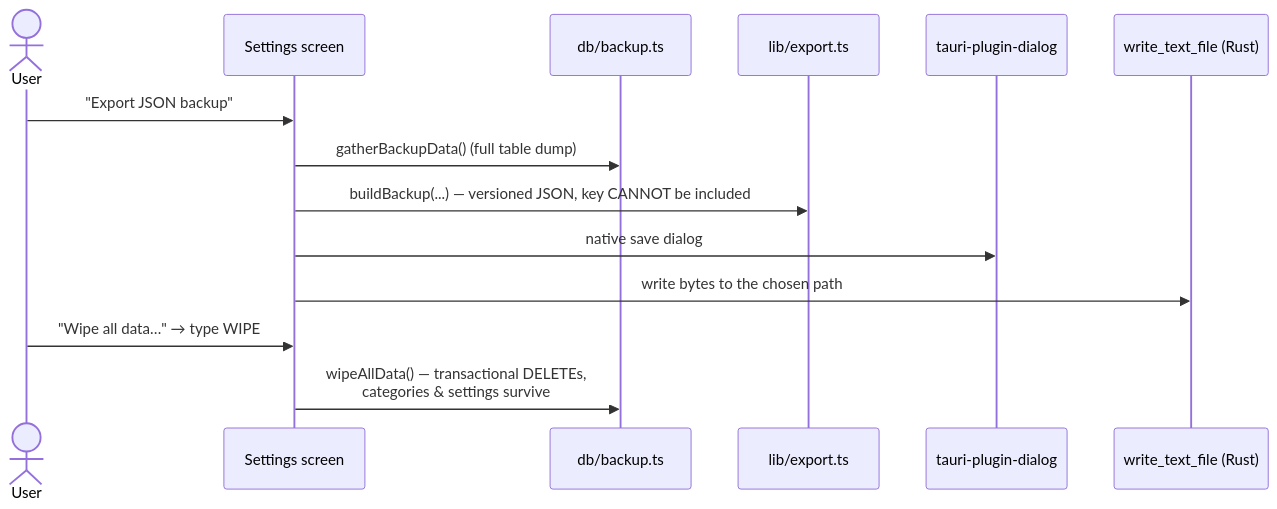
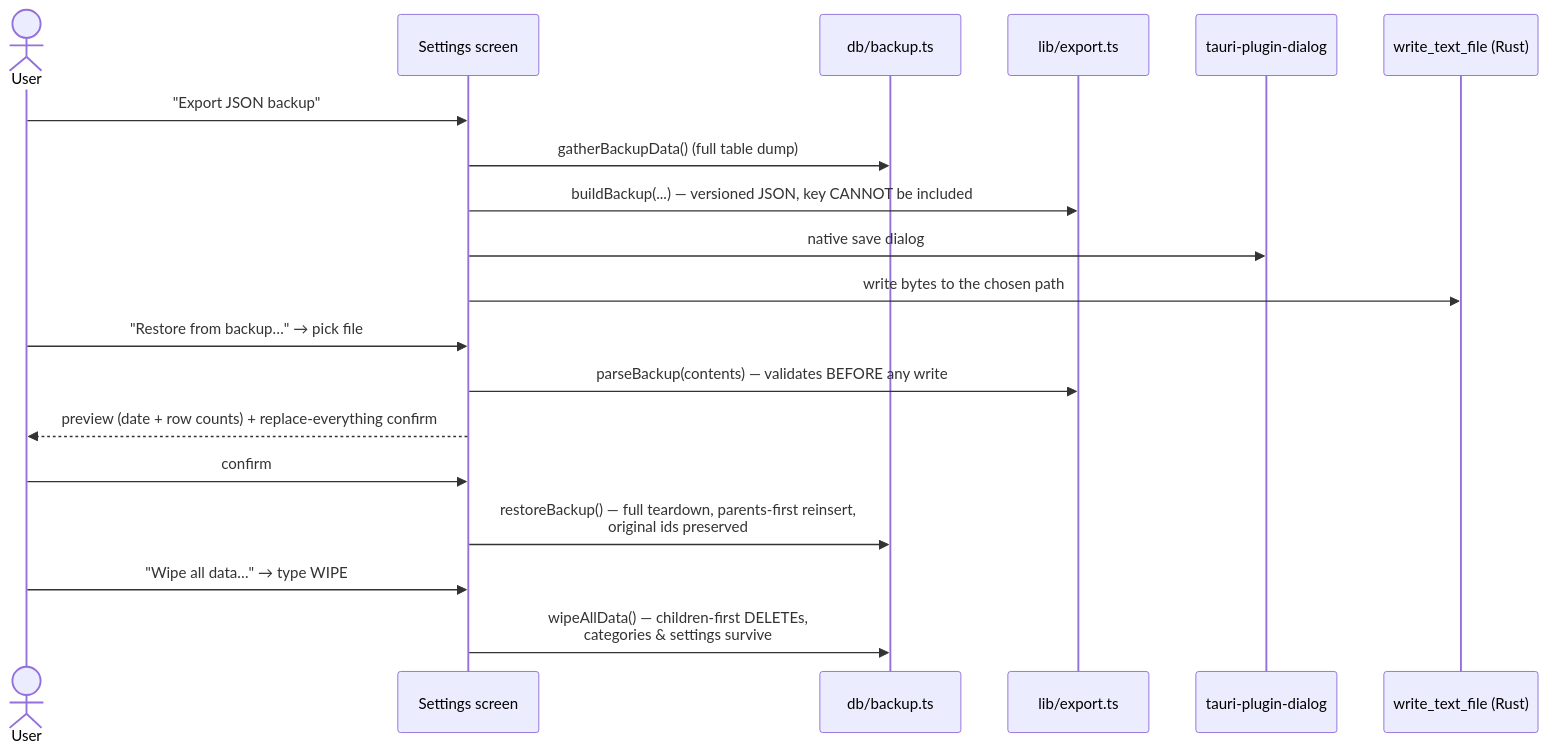
Before and after one commit to PrabhukumarSivamoorthy/moneta: the eighth of 9 diagrams in docs/ARCHITECTURE.md, drawn with Mermaid. The commit also changed 10 other files, not shown here.

````diff
--- a/docs/ARCHITECTURE.md
+++ b/docs/ARCHITECTURE.md
@@ -290,17 +290,22 @@
 ```mermaid
 sequenceDiagram
     actor U as User
     participant SET as Settings screen
     participant B as db/backup.ts
     participant E as lib/export.ts
     participant D as tauri-plugin-dialog
     participant W as write_text_file (Rust)
 
     U->>SET: "Export JSON backup"
     SET->>B: gatherBackupData() (full table dump)
     SET->>E: buildBackup(...) — versioned JSON, key CANNOT be included
     SET->>D: native save dialog
     SET->>W: write bytes to the chosen path
+    U->>SET: "Restore from backup…" → pick file
+    SET->>E: parseBackup(contents) — validates BEFORE any write
+    SET-->>U: preview (date + row counts) + replace-everything confirm
+    U->>SET: confirm
+    SET->>B: restoreBackup() — full teardown, parents-first reinsert,<br/>original ids preserved
     U->>SET: "Wipe all data…" → type WIPE
-    SET->>B: wipeAllData() — transactional DELETEs,<br/>categories & settings survive
+    SET->>B: wipeAllData() — children-first DELETEs,<br/>categories & settings survive
 ```
````
